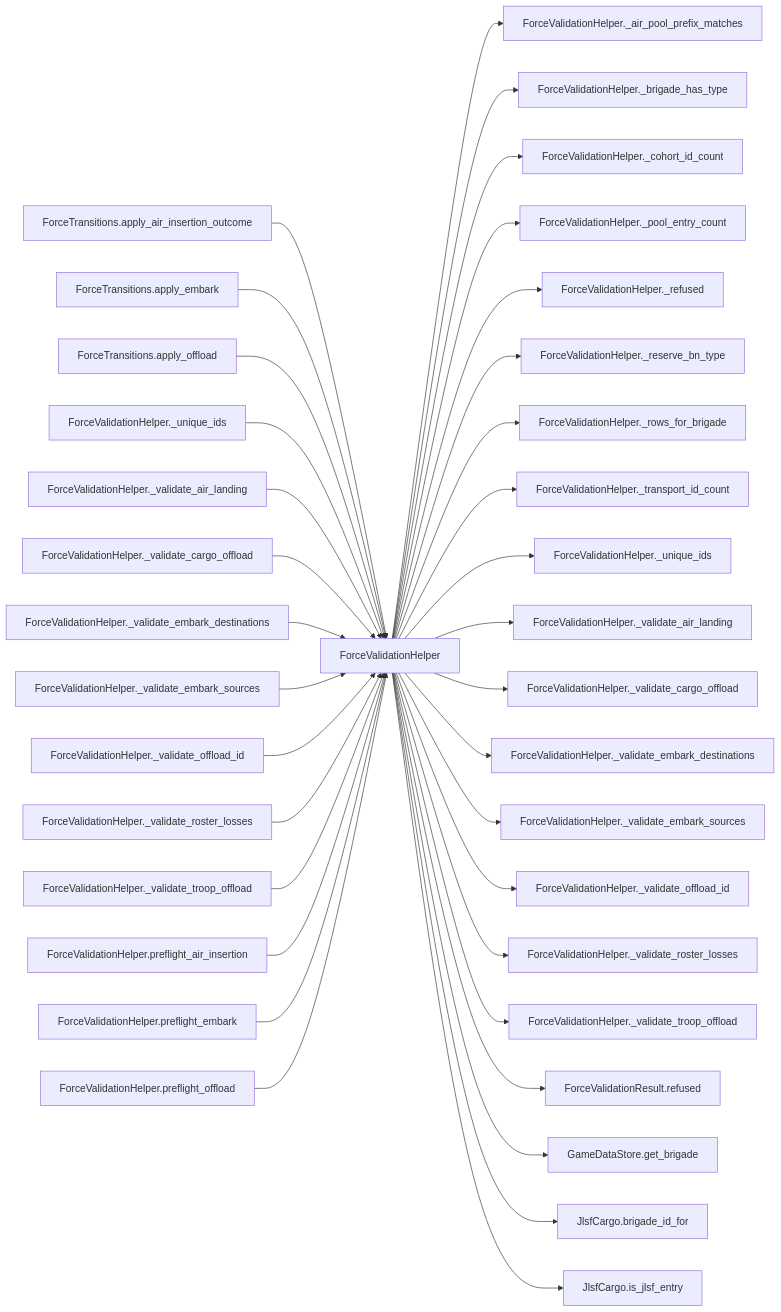
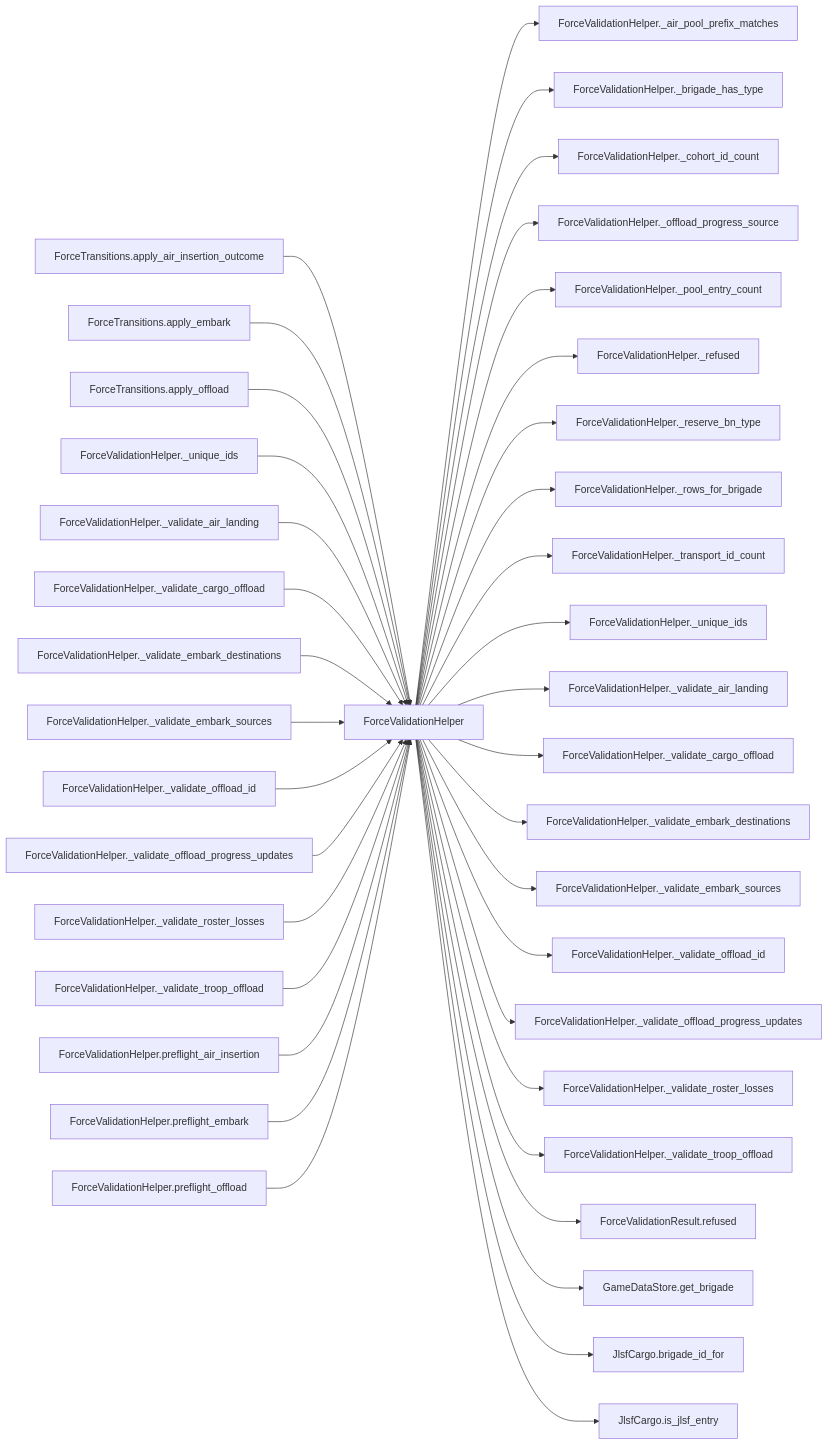
One commit to MCancian/HexCombat changed the diagram in docs/presentations/ForceValidationHelper.md. Above: the diagram before and after it, drawn with Mermaid. The commit also changed other lines of this file and 117 other files, not shown here.

````diff
--- a/docs/presentations/ForceValidationHelper.md
+++ b/docs/presentations/ForceValidationHelper.md
@@ -72,38 +82,41 @@
 ```mermaid
 flowchart LR
   n_5da3c8aa7a84["ForceValidationHelper"]
   n_e9a7e21149e4["ForceTransitions.apply_air_insertion_outcome"] --> n_5da3c8aa7a84
   n_3935730a4d9f["ForceTransitions.apply_embark"] --> n_5da3c8aa7a84
   n_4550deab2113["ForceTransitions.apply_offload"] --> n_5da3c8aa7a84
   n_0ef55e955f7d["ForceValidationHelper._unique_ids"] --> n_5da3c8aa7a84
   n_fc397ba66e54["ForceValidationHelper._validate_air_landing"] --> n_5da3c8aa7a84
   n_cb9af4b0f672["ForceValidationHelper._validate_cargo_offload"] --> n_5da3c8aa7a84
   n_58538de16d4d["ForceValidationHelper._validate_embark_destinations"] --> n_5da3c8aa7a84
   n_a34f30780b3e["ForceValidationHelper._validate_embark_sources"] --> n_5da3c8aa7a84
   n_a51ff7ebde49["ForceValidationHelper._validate_offload_id"] --> n_5da3c8aa7a84
+  n_fcc5f859c5f8["ForceValidationHelper._validate_offload_progress_updates"] --> n_5da3c8aa7a84
   n_2306e0118117["ForceValidationHelper._validate_roster_losses"] --> n_5da3c8aa7a84
   n_8aaca4b98952["ForceValidationHelper._validate_troop_offload"] --> n_5da3c8aa7a84
   n_b4a85fc98f7f["ForceValidationHelper.preflight_air_insertion"] --> n_5da3c8aa7a84
   n_9515fe003b3f["ForceValidationHelper.preflight_embark"] --> n_5da3c8aa7a84
   n_16a55d52d0a8["ForceValidationHelper.preflight_offload"] --> n_5da3c8aa7a84
   n_5da3c8aa7a84 --> n_3ed49b6da878["ForceValidationHelper._air_pool_prefix_matches"]
   n_5da3c8aa7a84 --> n_d5b315164e16["ForceValidationHelper._brigade_has_type"]
   n_5da3c8aa7a84 --> n_270646a6b2e1["ForceValidationHelper._cohort_id_count"]
+  n_5da3c8aa7a84 --> n_590b99501fe3["ForceValidationHelper._offload_progress_source"]
   n_5da3c8aa7a84 --> n_b3cdfc2fc82e["ForceValidationHelper._pool_entry_count"]
   n_5da3c8aa7a84 --> n_ad16e1c31717["ForceValidationHelper._refused"]
   n_5da3c8aa7a84 --> n_7a86e3d0bd86["ForceValidationHelper._reserve_bn_type"]
   n_5da3c8aa7a84 --> n_a1e30900bbb9["ForceValidationHelper._rows_for_brigade"]
   n_5da3c8aa7a84 --> n_78d639e7d621["ForceValidationHelper._transport_id_count"]
   n_5da3c8aa7a84 --> n_594712199448["ForceValidationHelper._unique_ids"]
   n_5da3c8aa7a84 --> n_a2de15a19d8e["ForceValidationHelper._validate_air_landing"]
   n_5da3c8aa7a84 --> n_92a86e0c826c["ForceValidationHelper._validate_cargo_offload"]
   n_5da3c8aa7a84 --> n_23306c6bcb8a["ForceValidationHelper._validate_embark_destinations"]
   n_5da3c8aa7a84 --> n_ccfa56f777d3["ForceValidationHelper._validate_embark_sources"]
   n_5da3c8aa7a84 --> n_4ef332054d69["ForceValidationHelper._validate_offload_id"]
+  n_5da3c8aa7a84 --> n_0c424ffaa3a1["ForceValidationHelper._validate_offload_progress_updates"]
   n_5da3c8aa7a84 --> n_30f827bab273["ForceValidationHelper._validate_roster_losses"]
   n_5da3c8aa7a84 --> n_9e3232aa9786["ForceValidationHelper._validate_troop_offload"]
   n_5da3c8aa7a84 --> n_4408843710df["ForceValidationResult.refused"]
   n_5da3c8aa7a84 --> n_f8538e14a365["GameDataStore.get_brigade"]
   n_5da3c8aa7a84 --> n_a3577796fcc1["JlsfCargo.brigade_id_for"]
   n_5da3c8aa7a84 --> n_c533c7cb8100["JlsfCargo.is_jlsf_entry"]
 ```
````
